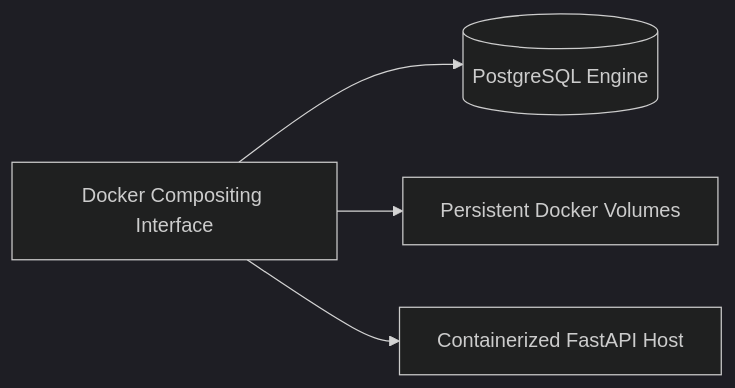
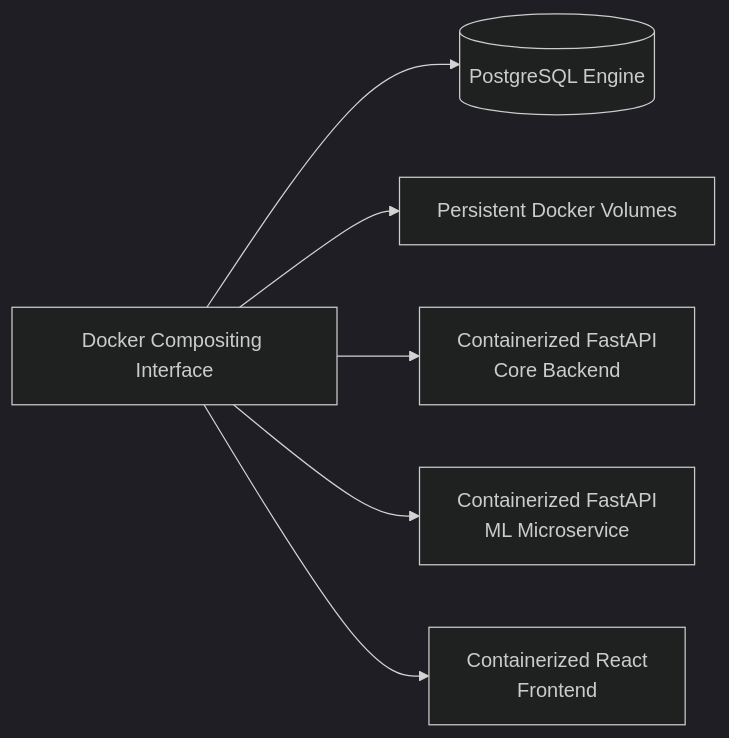
The tenth of 10 diagrams in SSDS_Section_10_Draft.md (anthony-lamelas/OnTime), drawn with Mermaid (dark theme) before and after one commit.

Commit message:
add mser5vice

````diff
--- a/SSDS_Section_10_Draft.md
+++ b/SSDS_Section_10_Draft.md
@@ -141,6 +141,8 @@
 ```mermaid
 flowchart LR
     Docker[Docker Compositing Interface] --> DB[(PostgreSQL Engine)]
     Docker --> Volumes[Persistent Docker Volumes]
-    Docker --> Services[Containerized FastAPI Host]
+    Docker --> Core[Containerized FastAPI<br/>Core Backend]
+    Docker --> ML[Containerized FastAPI<br/>ML Microservice]
+    Docker --> Front[Containerized React<br/>Frontend]
 ```
````
